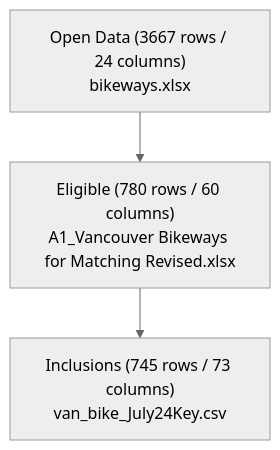
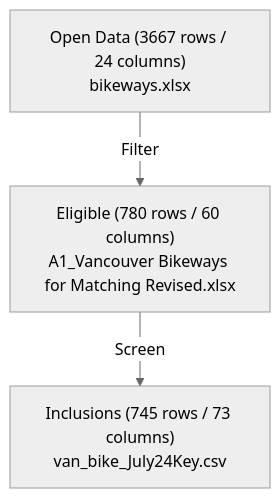
Before and after one commit to rrwen/recovr-infracycle: the diagram in data/raw/vancouver/README.md, drawn with Mermaid (neutral theme). The commit also changed other lines of this file, not shown here.

````diff
--- a/data/raw/vancouver/README.md
+++ b/data/raw/vancouver/README.md
@@ -16,9 +16,9 @@
 ```mermaid
 graph TD
 
 city["Open Data (3667 rows / 24 columns)<br>bikeways.xlsx"]
 entry["Eligible (780 rows / 60 columns)<br>A1_Vancouver Bikeways for Matching Revised.xlsx"]
 processed["Inclusions (745 rows / 73 columns)<br>van_bike_July24Key.csv"]
 
-city --> entry --> processed
+city --> |Filter| entry --> |Screen| processed
 ```
````
